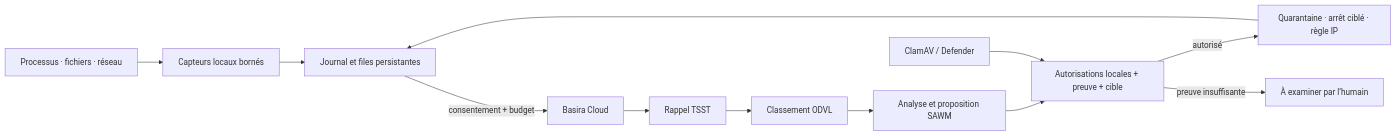
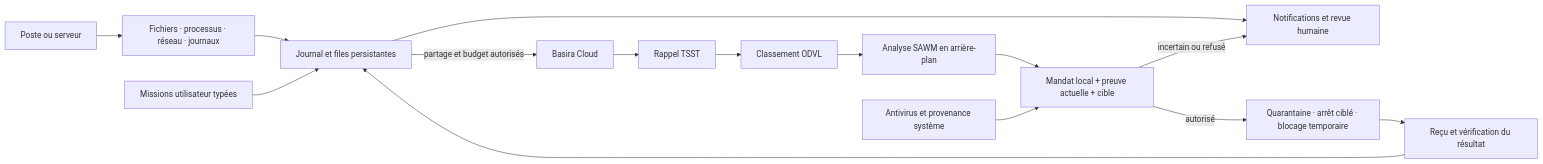
Before and after one commit to SAWM-io/sawm-defense: the diagram in README.md, drawn with Mermaid. The commit also changed other lines of this file and 35 other files, not shown here.

````diff
--- a/README.md
+++ b/README.md
@@ -88,14 +110,17 @@
 ```mermaid
 flowchart LR
-    OS[Processus · fichiers · réseau] --> Sensors[Capteurs locaux bornés]
-    Sensors --> Journal[Journal et files persistantes]
-    Journal -->|consentement + budget| Basira[Basira Cloud]
+    OS[Poste ou serveur] --> Sensors[Fichiers · processus · réseau · journaux]
+    Sensors --> Queue[Journal et files persistantes]
+    Queue --> Alerts[Notifications et revue humaine]
+    Queue -->|partage et budget autorisés| Basira[Basira Cloud]
     Basira --> TSST[Rappel TSST]
     TSST --> ODVL[Classement ODVL]
-    ODVL --> SAWM[Analyse et proposition SAWM]
-    SAWM --> Policy[Autorisations locales + preuve + cible]
-    AV[ClamAV / Defender] --> Policy
-    Policy -->|autorisé| Action[Quarantaine · arrêt ciblé · règle IP]
-    Policy -->|preuve insuffisante| Human[À examiner par l’humain]
-    Action --> Journal
+    ODVL --> SAWM[Analyse SAWM en arrière-plan]
+    SAWM --> Policy[Mandat local + preuve actuelle + cible]
+    Local[Antivirus et provenance système] --> Policy
+    Policy -->|autorisé| Action[Quarantaine · arrêt ciblé · blocage temporaire]
+    Policy -->|incertain ou refusé| Alerts
+    Action --> Check[Reçu et vérification du résultat]
+    Check --> Queue
+    Human[Missions utilisateur typées] --> Queue
 ```
````
